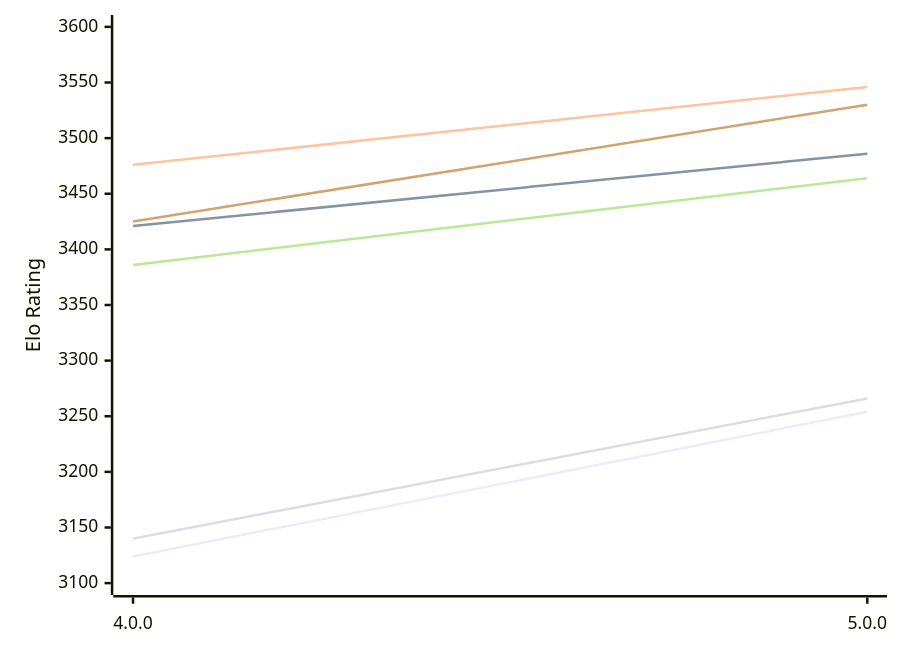
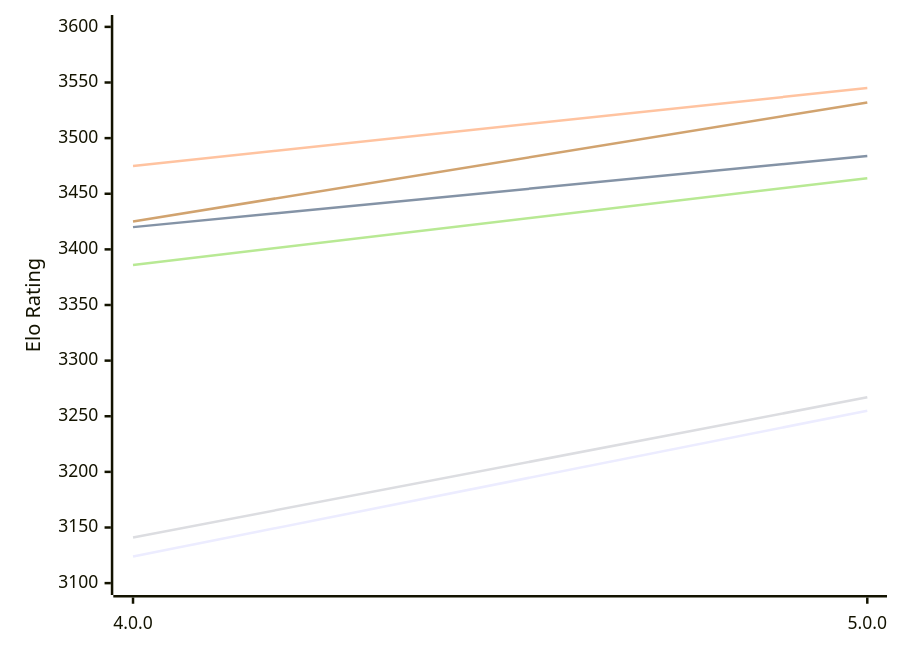
One commit to computer-chess-index/cci changed the first of 2 diagrams in engines/Avalanche.md. Above: the diagram before and after it, drawn with Mermaid. The commit also changed other lines of this file, not shown here.

Commit message:
Update CCI Ratings (ELO VLTC) - 2026-11-28

````diff
--- a/engines/Avalanche.md
+++ b/engines/Avalanche.md
@@ -50,12 +50,12 @@
 ```mermaid
 %%{init: {"theme":"base","themeVariables":{"seriesColors:['#a3a3a3','#222221','#faa371']}}}%%
 xychart-beta
   x-axis ["4.0.0", "5.0.0"]
   y-axis "Elo Rating" 3100 --> 3600
-  line "E1: STC (8.0+0.08s)" [3124, 3254]
-  line "E1: LTC (60.0+0.60s)" [3421, 3486]
-  line "E1: VLTC (2m24s+1.12s)" [3476, 3546]
-  line "P1: STC (8.0+0.08s)" [3140, 3266]
+  line "E1: STC (8.0+0.08s)" [3124, 3255]
+  line "E1: LTC (60.0+0.60s)" [3420, 3484]
+  line "E1: VLTC (2m24s+1.12s)" [3475, 3545]
+  line "P1: STC (8.0+0.08s)" [3141, 3267]
   line "P1: LTC (60.0+0.60s)" [3386, 3464]
-  line "P1: VLTC (2m24s+1.12s)" [3425, 3530]
+  line "P1: VLTC (2m24s+1.12s)" [3425, 3532]
 ```
````
